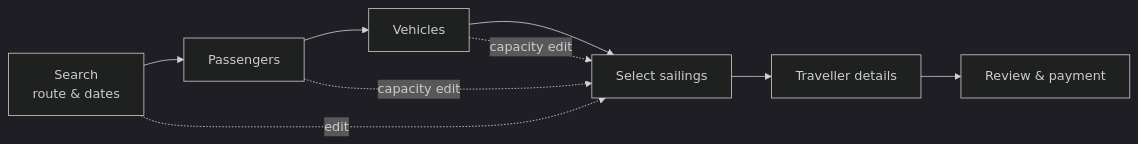
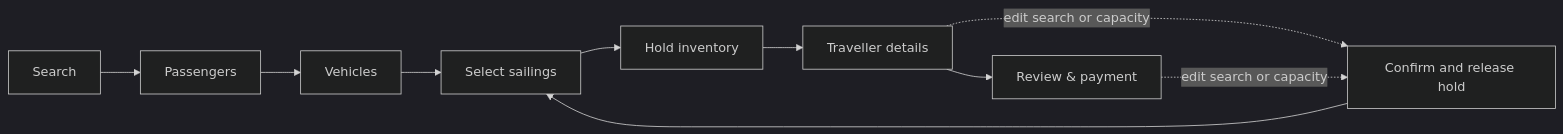
Before and after one commit to Fede654/ferry-booking-flow-demo: the diagram in README.md, drawn with Mermaid (dark theme). The commit also changed other lines of this file and 1 other file, not shown here.

````diff
--- a/README.md
+++ b/README.md
@@ -54,11 +66,13 @@
 ```mermaid
 flowchart LR
-  S0[Search<br/>route & dates] --> S1[Passengers]
+  S0[Search] --> S1[Passengers]
   S1 --> S2[Vehicles]
   S2 --> S3[Select sailings]
-  S3 --> S4[Traveller details]
+  S3 --> H[Hold inventory]
+  H --> S4[Traveller details]
   S4 --> S5[Review & payment]
-  S0 -. edit .-> S3
-  S1 -. capacity edit .-> S3
-  S2 -. capacity edit .-> S3
+
+  S4 -. edit search or capacity .-> R[Confirm and release hold]
+  S5 -. edit search or capacity .-> R
+  R --> S3
 ```
````
